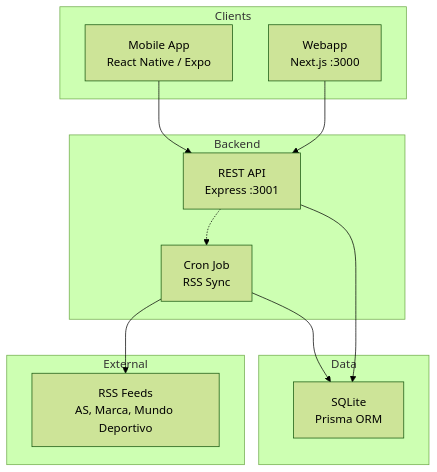
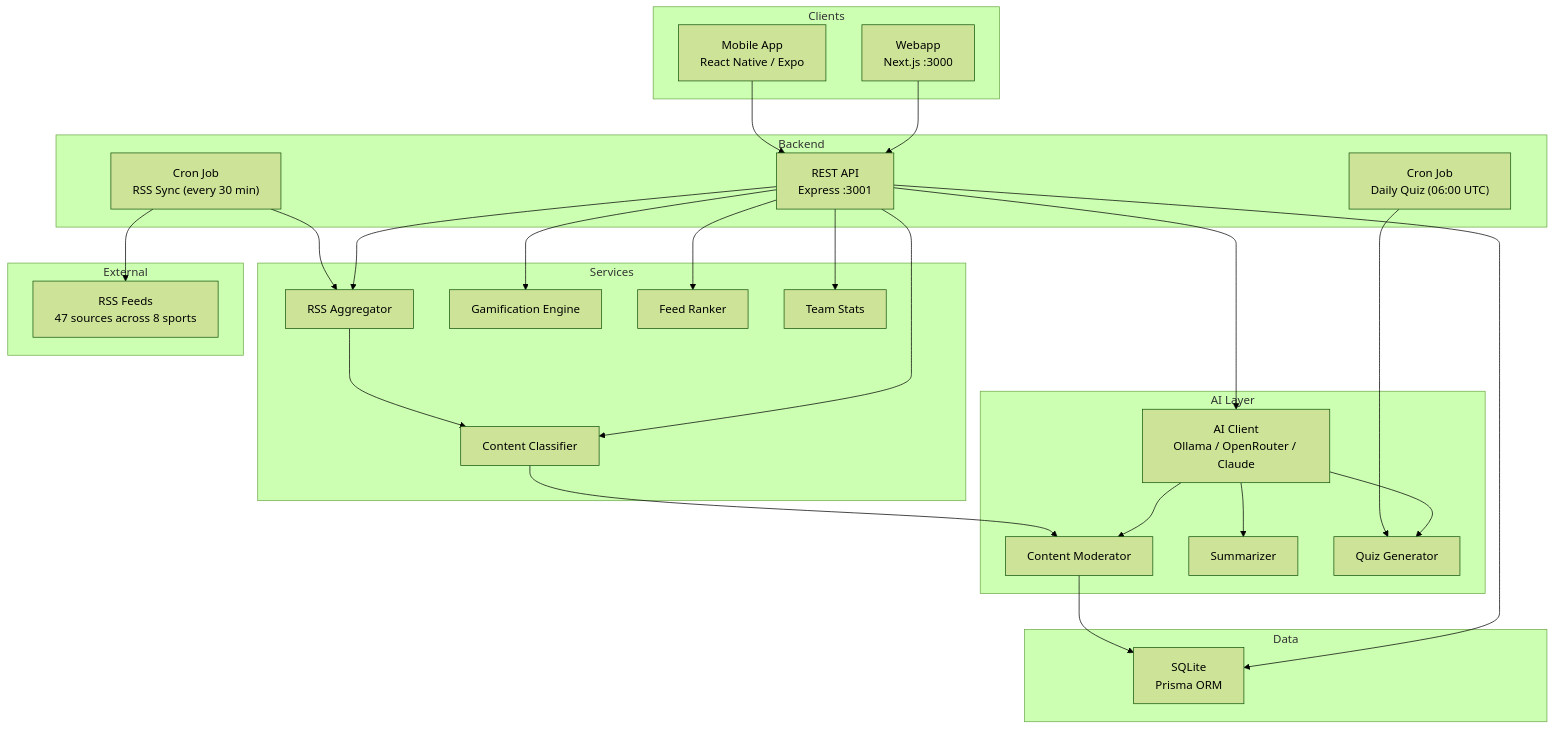
The first of 2 diagrams in docs/en/01-architecture.md (durdy48/SportyKids), drawn with Mermaid (forest theme) before and after one commit. The commit also changed other lines of this file and 22 other files, not shown here.

````diff
--- a/docs/en/01-architecture.md
+++ b/docs/en/01-architecture.md
@@ -7,27 +7,55 @@
 ```mermaid
 graph TB
     subgraph "Clients"
         WEB["Webapp<br/>Next.js :3000"]
         MOBILE["Mobile App<br/>React Native / Expo"]
     end
 
     subgraph "Backend"
         API["REST API<br/>Express :3001"]
-        CRON["Cron Job<br/>RSS Sync"]
+        CRON_RSS["Cron Job<br/>RSS Sync (every 30 min)"]
+        CRON_QUIZ["Cron Job<br/>Daily Quiz (06:00 UTC)"]
+    end
+
+    subgraph "AI Layer"
+        AI["AI Client<br/>Ollama / OpenRouter / Claude"]
+        MOD["Content Moderator"]
+        SUM["Summarizer"]
+        QG["Quiz Generator"]
+    end
+
+    subgraph "Services"
+        AGG["RSS Aggregator"]
+        CLS["Content Classifier"]
+        GAM["Gamification Engine"]
+        FR["Feed Ranker"]
+        TS["Team Stats"]
     end
 
     subgraph "Data"
         DB["SQLite<br/>Prisma ORM"]
     end
 
     subgraph "External"
-        RSS["RSS Feeds<br/>AS, Marca, Mundo Deportivo"]
+        RSS["RSS Feeds<br/>47 sources across 8 sports"]
     end
 
     WEB --> API
     MOBILE --> API
     API --> DB
-    CRON --> RSS
-    CRON --> DB
-    API -.-> CRON
+    API --> AI
+    AI --> MOD
+    AI --> SUM
+    AI --> QG
+    API --> AGG
+    API --> CLS
+    API --> GAM
+    API --> FR
+    API --> TS
+    CRON_RSS --> RSS
+    CRON_RSS --> AGG
+    CRON_QUIZ --> QG
+    AGG --> CLS
+    CLS --> MOD
+    MOD --> DB
 ```
````
